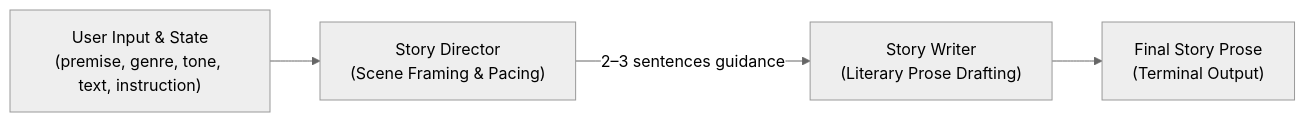
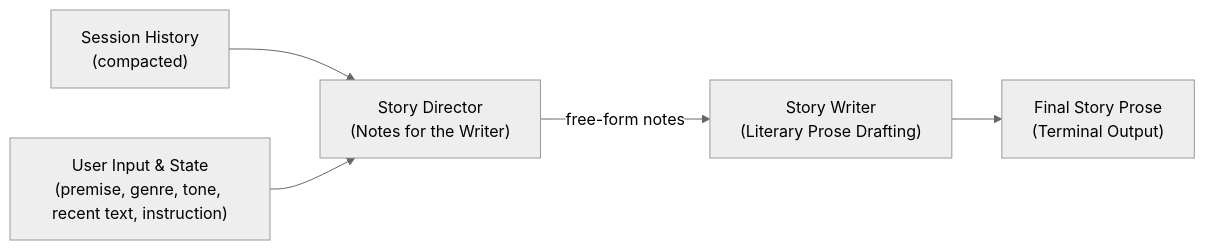
Before and after one commit to tangcc35/slm-vlm-post-training: the diagram in .agents/skills/story-copilot/references/director-writer-pipeline.md, drawn with Mermaid (neutral theme). The commit also changed other lines of this file and 23 other files, not shown here.

````diff
--- a/.agents/skills/story-copilot/references/director-writer-pipeline.md
+++ b/.agents/skills/story-copilot/references/director-writer-pipeline.md
@@ -31,6 +31,7 @@
 ```mermaid
 flowchart LR
-    A["User Input & State<br/>(premise, genre, tone, text, instruction)"] --> B["Story Director<br/>(Scene Framing & Pacing)"]
-    B -->|"2–3 sentences guidance"| C["Story Writer<br/>(Literary Prose Drafting)"]
+    H["Session History<br/>(compacted)"] --> B
+    A["User Input & State<br/>(premise, genre, tone, recent text, instruction)"] --> B["Story Director<br/>(Notes for the Writer)"]
+    B -->|"free-form notes"| C["Story Writer<br/>(Literary Prose Drafting)"]
     C --> D["Final Story Prose<br/>(Terminal Output)"]
 ```
````
